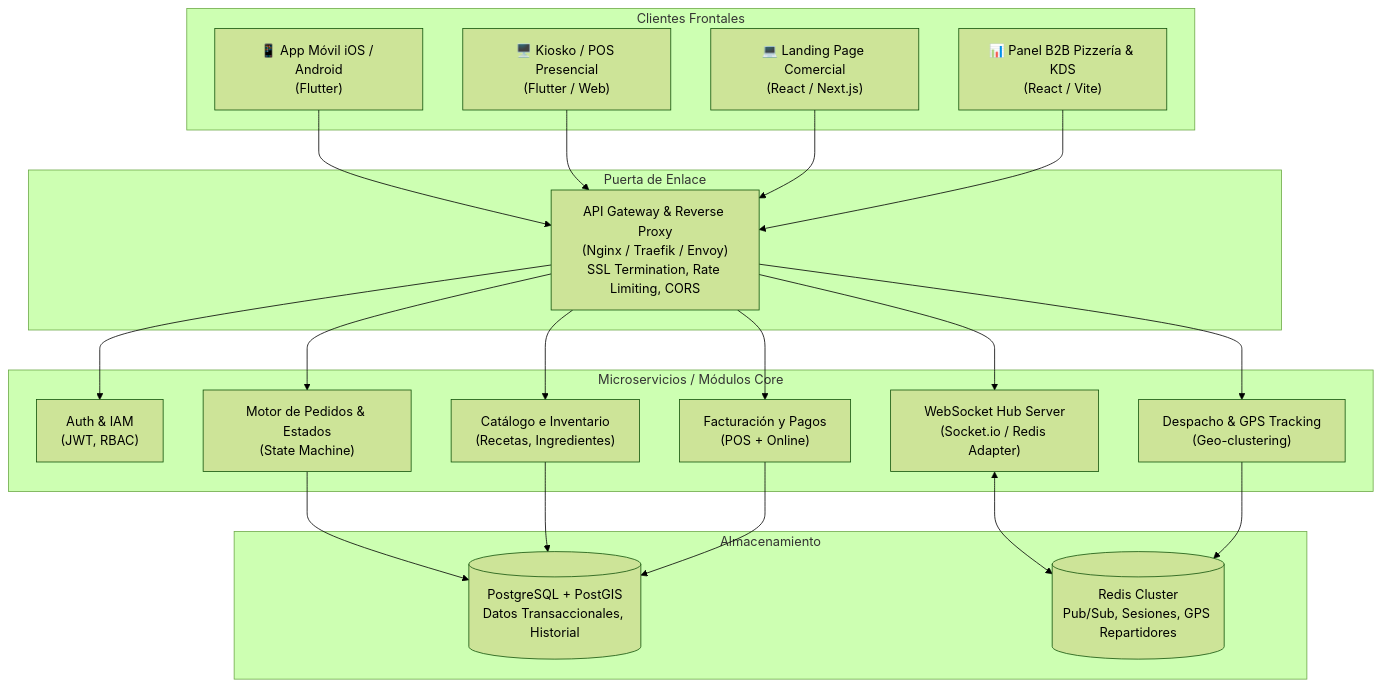
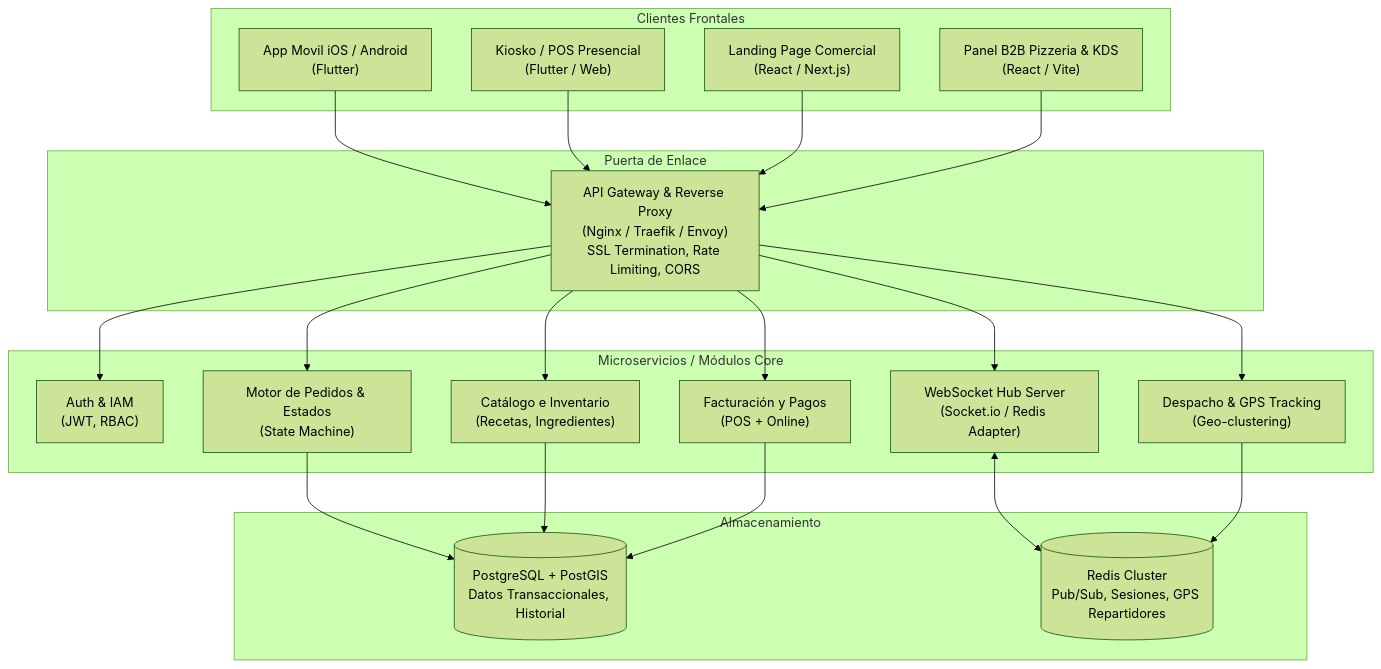
The second of 4 diagrams in planeacion_inicial_de_arquitectura.md (SR-PIZZA/sr-pizza-showcase), drawn with Mermaid (forest theme) before and after one commit. The commit also changed other lines of this file and 18 other files, not shown here.

````diff
--- a/planeacion_inicial_de_arquitectura.md
+++ b/planeacion_inicial_de_arquitectura.md
@@ -73,45 +73,45 @@
 ```mermaid
 graph TB
     subgraph Frontend_Clients ["Clientes Frontales"]
-        AppFlutter["📱 App Móvil iOS / Android<br/>(Flutter)"]
-        KioskFlutter["🖥️ Kiosko / POS Presencial<br/>(Flutter / Web)"]
-        LandingReact["💻 Landing Page Comercial<br/>(React / Next.js)"]
-        PanelB2B["📊 Panel B2B Pizzería & KDS<br/>(React / Vite)"]
+        AppFlutter["App Movil iOS / Android<br/>(Flutter)"]
+        KioskFlutter["Kiosko / POS Presencial<br/>(Flutter / Web)"]
+        LandingReact["Landing Page Comercial<br/>(React / Next.js)"]
+        PanelB2B["Panel B2B Pizzeria & KDS<br/>(React / Vite)"]
     end
 
     subgraph Gateway_Layer ["Puerta de Enlace"]
         APIGateway["API Gateway & Reverse Proxy<br/>(Nginx / Traefik / Envoy)<br/>SSL Termination, Rate Limiting, CORS"]
     end
 
     subgraph Backend_Services ["Microservicios / Módulos Core"]
         AuthService["Auth & IAM<br/>(JWT, RBAC)"]
         OrderService["Motor de Pedidos & Estados<br/>(State Machine)"]
         DeliveryService["Despacho & GPS Tracking<br/>(Geo-clustering)"]
         CatalogService["Catálogo e Inventario<br/>(Recetas, Ingredientes)"]
         BillingService["Facturación y Pagos<br/>(POS + Online)"]
         WSServer["WebSocket Hub Server<br/>(Socket.io / Redis Adapter)"]
     end
 
     subgraph Data_Stores ["Almacenamiento"]
         Postgres[("PostgreSQL + PostGIS<br/>Datos Transaccionales, Historial")]
         RedisStore[("Redis Cluster<br/>Pub/Sub, Sesiones, GPS Repartidores")]
     end
 
     AppFlutter --> APIGateway
     KioskFlutter --> APIGateway
     LandingReact --> APIGateway
     PanelB2B --> APIGateway
 
     APIGateway --> WSServer
     APIGateway --> AuthService
     APIGateway --> OrderService
     APIGateway --> DeliveryService
     APIGateway --> CatalogService
     APIGateway --> BillingService
 
     WSServer <--> RedisStore
     OrderService --> Postgres
     DeliveryService --> RedisStore
     CatalogService --> Postgres
     BillingService --> Postgres
 ```
````
